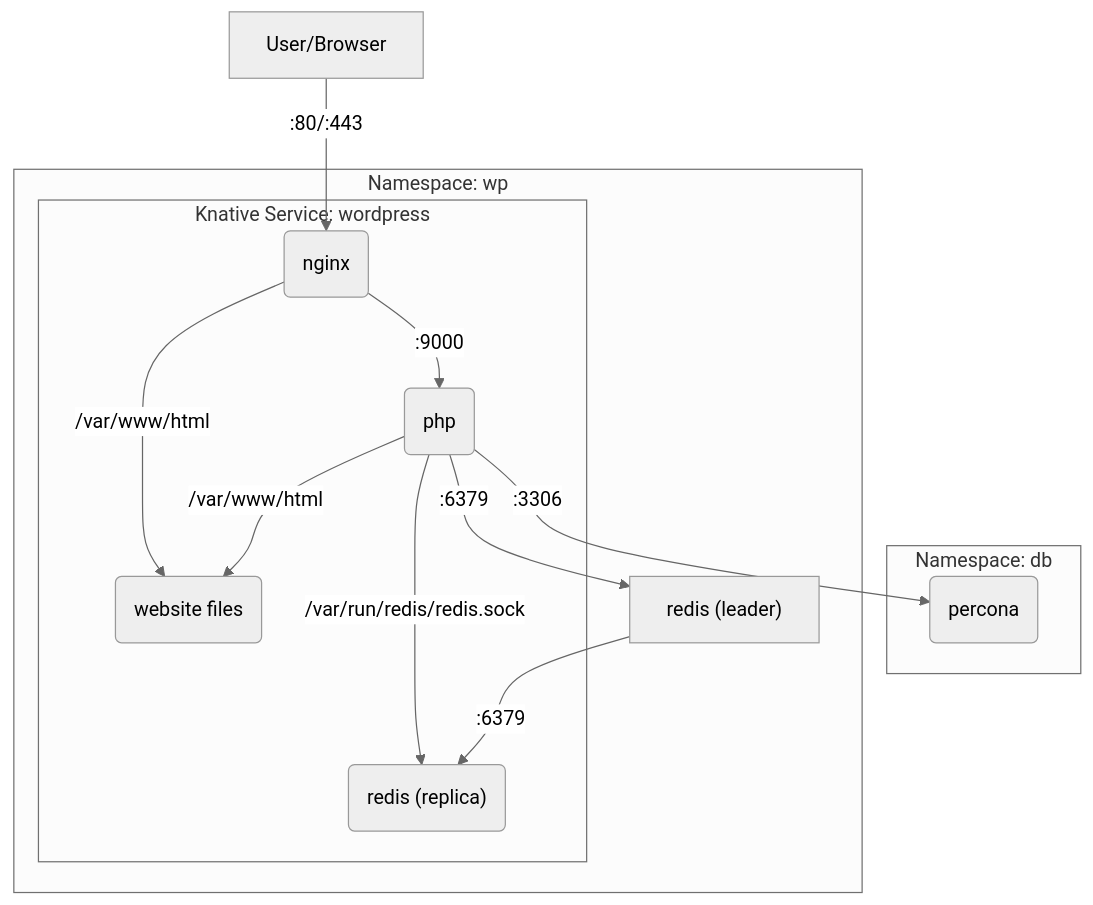
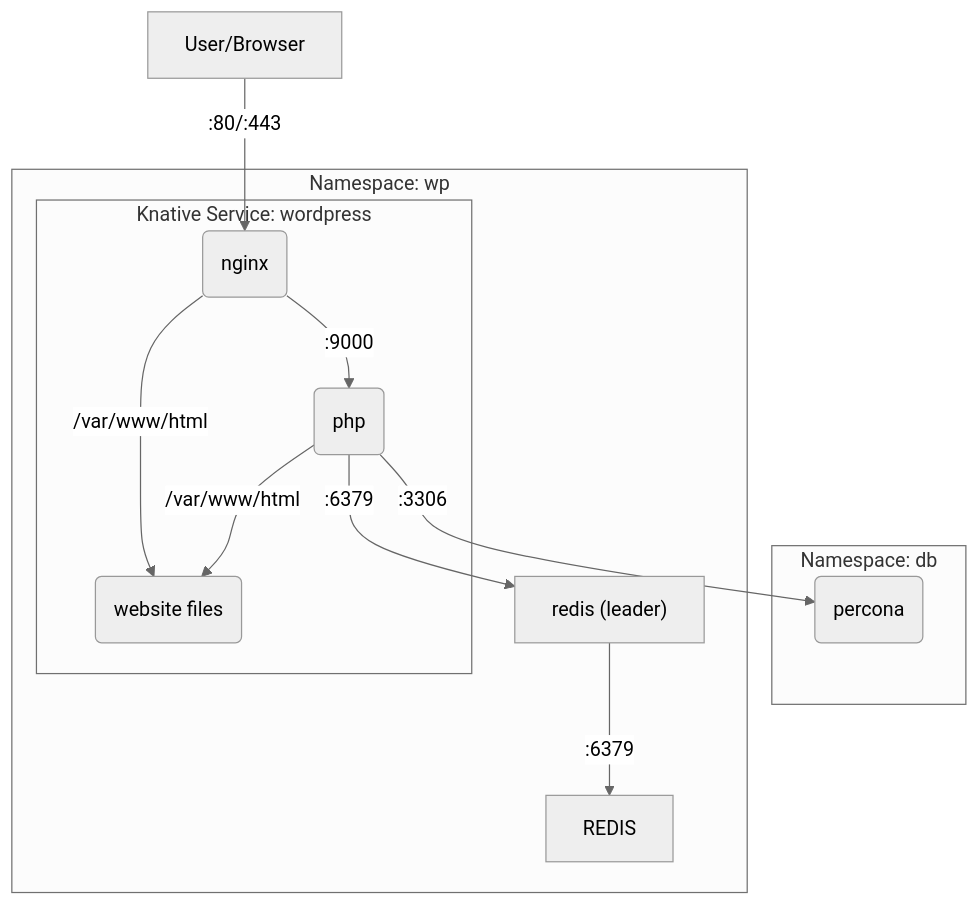
The diagram in README.md (nateinaction/knative-wordpress), drawn with Mermaid (neutral theme) before and after one commit. The commit also changed 4 other files, not shown here.

````diff
--- a/README.md
+++ b/README.md
@@ -11,27 +11,25 @@
 ```mermaid
 flowchart TD
   USER["User/Browser"] -- ":80/:443" --> NGINX
 
   subgraph "Namespace: db"
     PERCONA("percona")
   end
 
   subgraph "Namespace: wp"
     subgraph "Knative Service: wordpress"
       NGINX("nginx")
       PHP("php")
-      REDIS("redis (replica)")
       SITE("website files")
     end
 
     NGINX -- ":9000" --> PHP
     NGINX -- "/var/www/html" --> SITE
 
     PHP -- "/var/www/html" --> SITE
-    PHP -- "/var/run/redis/redis.sock" --> REDIS
     PHP -- ":6379" --> REDISLEADER["redis-leader"]
     PHP -- ":3306" --> PERCONA
 
     REDISLEADER["redis (leader)"] -- ":6379" --> REDIS
   end
 ```
````
